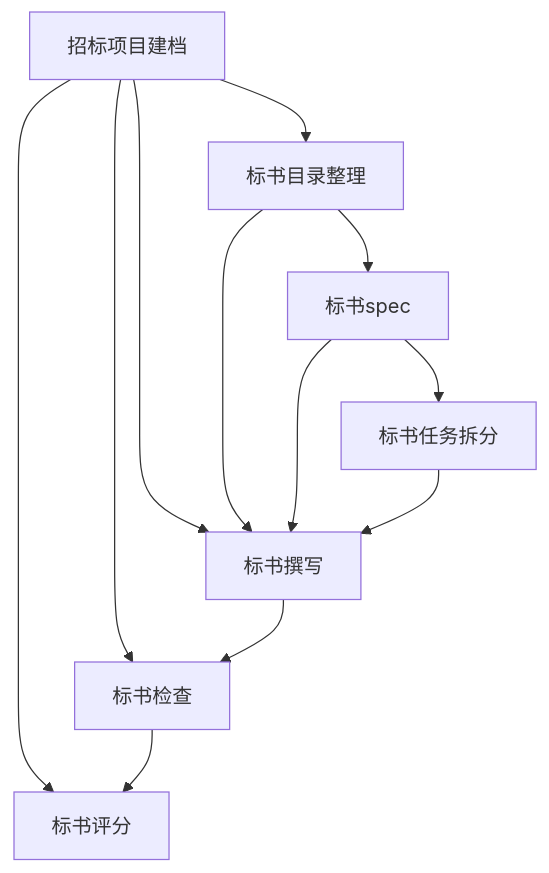
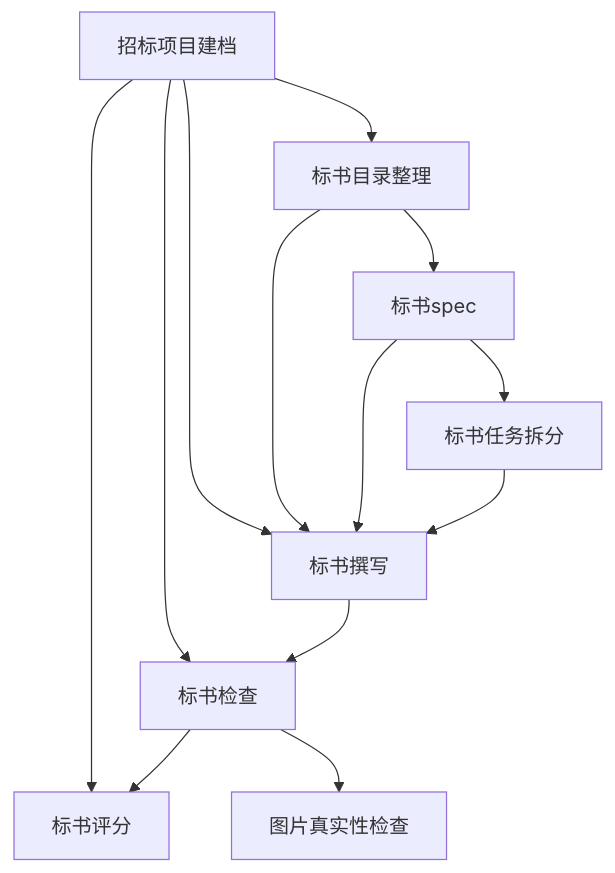
The diagram in README.md (monaChoy/BidCoPilotSkills), drawn with Mermaid before and after one commit. The commit also changed other lines of this file and 14 other files, not shown here.

````diff
--- a/README.md
+++ b/README.md
@@ -30,22 +31,24 @@
 ```mermaid
 flowchart TD
     A["招标项目建档"]
     B["标书目录整理"]
     C["标书spec"]
     D["标书任务拆分"]
     E["标书撰写"]
     F["标书检查"]
     G["标书评分"]
+    H["图片真实性检查"]
 
     A --> B
     A --> E
     A --> F
     A --> G
     B --> C
     B --> E
     C --> D
     C --> E
     D --> E
     E --> F
     F --> G
+    F --> H
 ```
````
